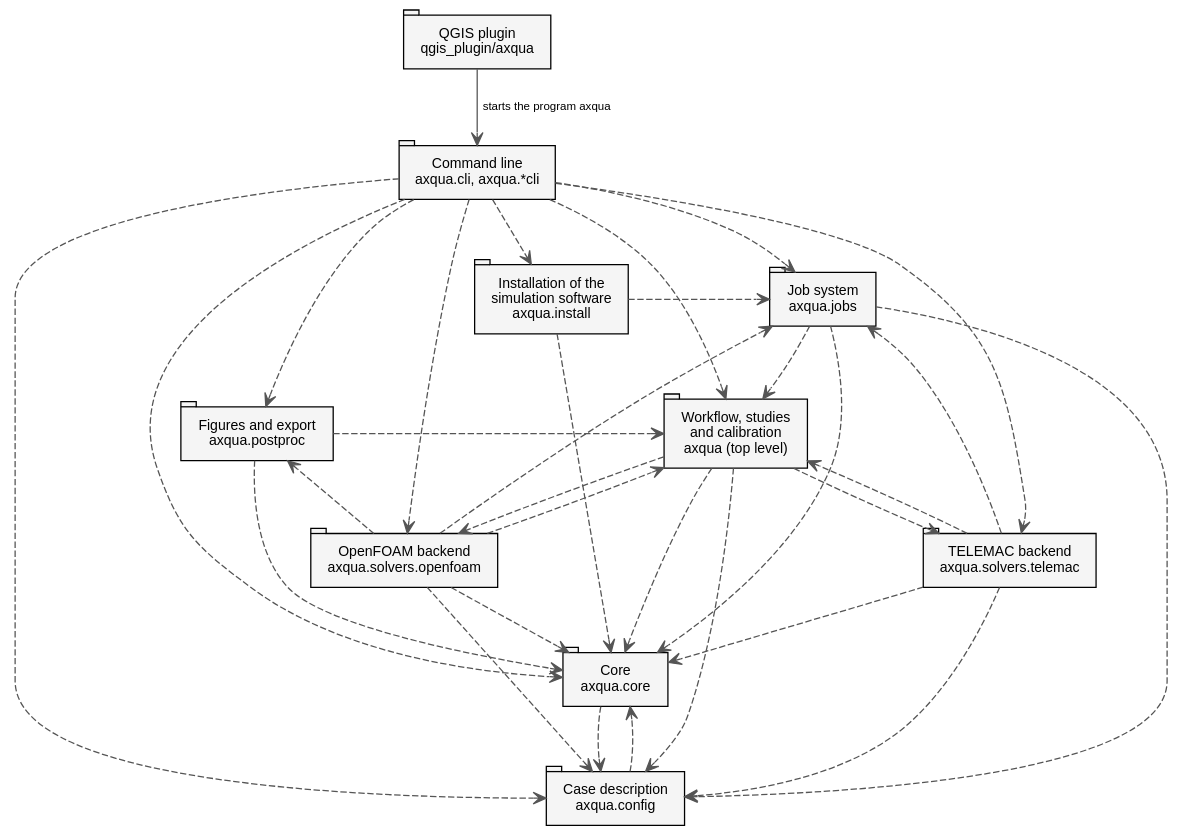
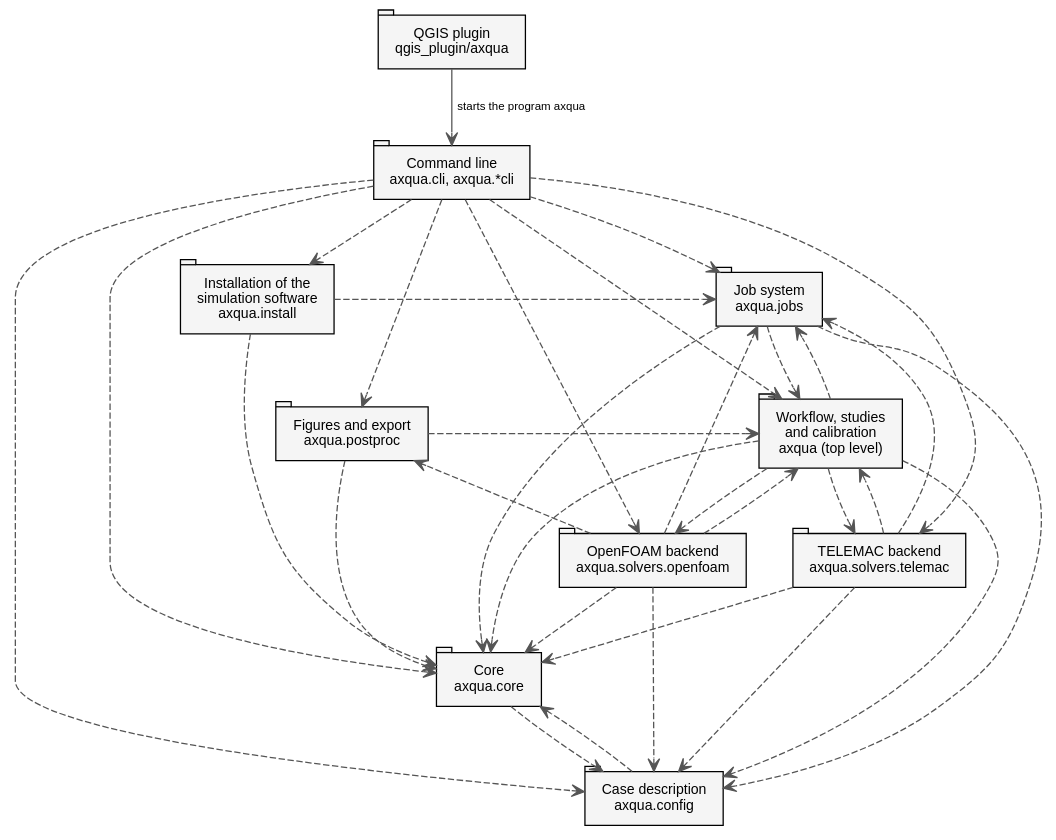
The diagram in docs/img/uml-packages.dot (sschwindt/aXqua), drawn with Graphviz before and after one commit. The commit also changed 113 other files, not shown here.

```diff
--- a/docs/img/uml-packages.dot
+++ b/docs/img/uml-packages.dot
@@ -1,53 +1,54 @@
 digraph packages {
   graph [rankdir=TB, nodesep=0.5, ranksep=0.7, fontname="Helvetica,Arial,sans-serif"];
   node [shape=tab, style=filled, fillcolor="#f5f5f5", margin="0.2,0.12", fontname="Helvetica,Arial,sans-serif", fontsize=11];
   edge [style=dashed, arrowhead=vee, color="#555555", fontname="Helvetica,Arial,sans-serif", fontsize=9];
   plugin [label="QGIS plugin\nqgis_plugin/axqua"];
   cli [label="Command line\naxqua.cli, axqua.*cli"];
   jobs [label="Job system\naxqua.jobs"];
   install [label="Installation of the\nsimulation software\naxqua.install"];
   workflow [label="Workflow, studies\nand calibration\naxqua (top level)"];
   postproc [label="Figures and export\naxqua.postproc"];
   telemac [label="TELEMAC backend\naxqua.solvers.telemac"];
   openfoam [label="OpenFOAM backend\naxqua.solvers.openfoam"];
   config [label="Case description\naxqua.config"];
   core [label="Core\naxqua.core"];
   { rank=same; plugin; }
   { rank=same; cli; }
   { rank=same; jobs; install; }
   { rank=same; workflow; postproc; }
   { rank=same; telemac; openfoam; }
   { rank=same; config; }
   { rank=same; core; }
   plugin -> cli [label="  starts the program axqua", style=solid];
   cli -> config;
   cli -> core;
   cli -> install;
   cli -> jobs;
   cli -> openfoam;
   cli -> postproc;
   cli -> telemac;
   cli -> workflow;
   config -> core;
   core -> config;
   install -> core;
   install -> jobs;
   jobs -> config;
   jobs -> core;
   jobs -> workflow;
   openfoam -> config;
   openfoam -> core;
   openfoam -> jobs;
   openfoam -> postproc;
   openfoam -> workflow;
   postproc -> core;
   postproc -> workflow;
   telemac -> config;
   telemac -> core;
   telemac -> jobs;
   telemac -> workflow;
   workflow -> config;
   workflow -> core;
+  workflow -> jobs;
   workflow -> openfoam;
   workflow -> telemac;
 }
```
